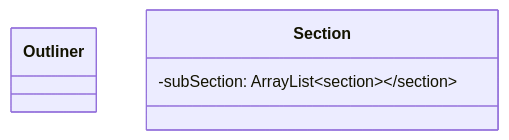
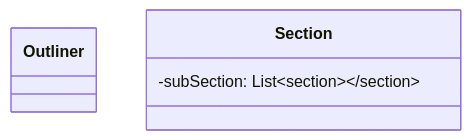
Before and after one commit to itsjihunpark/Microsoft-Word-Outliner-Clone: the diagram in docs/UMLTemplate.md, drawn with Mermaid.

Commit message:
Update file UMLTemplate.md

````diff
--- a/docs/UMLTemplate.md
+++ b/docs/UMLTemplate.md
@@ -24,11 +24,11 @@
 ```mermaid
 classDiagram
   
     class Outliner{
       
     }
     class Section{
-      -subSection: ArrayList<Section>
+      -subSection: List<Section>
     }
 
 ```
````
